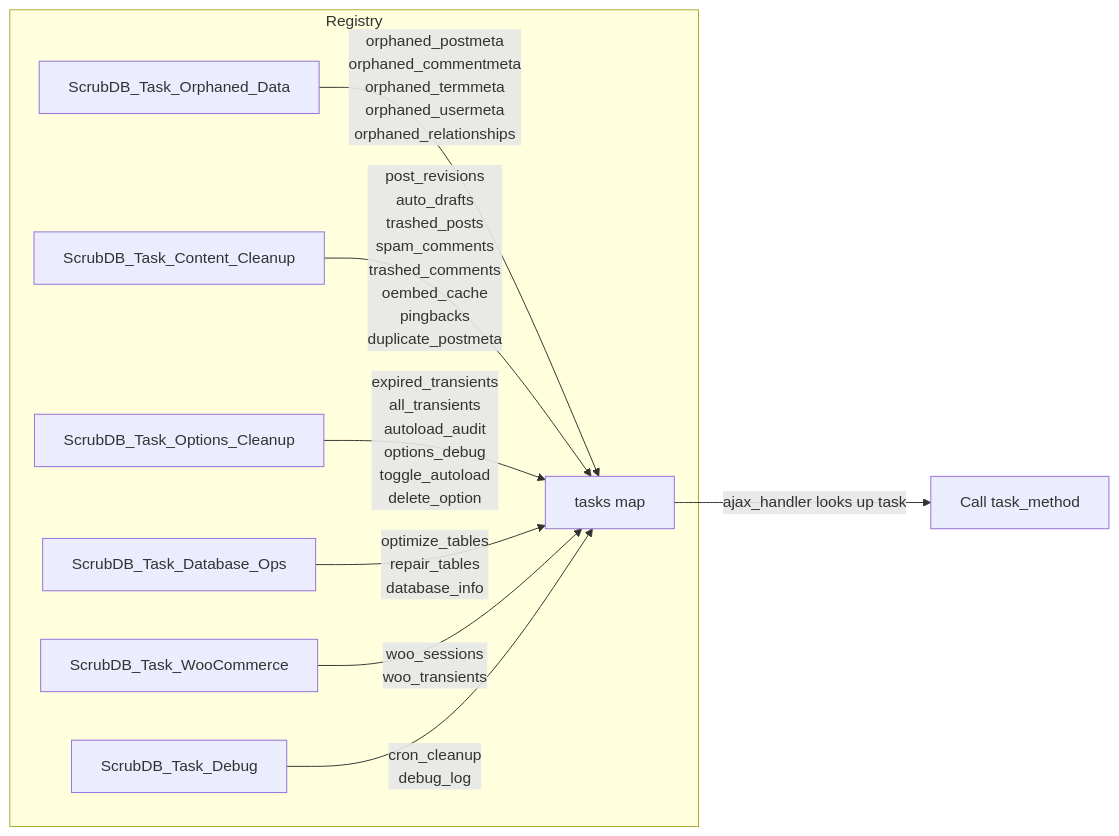
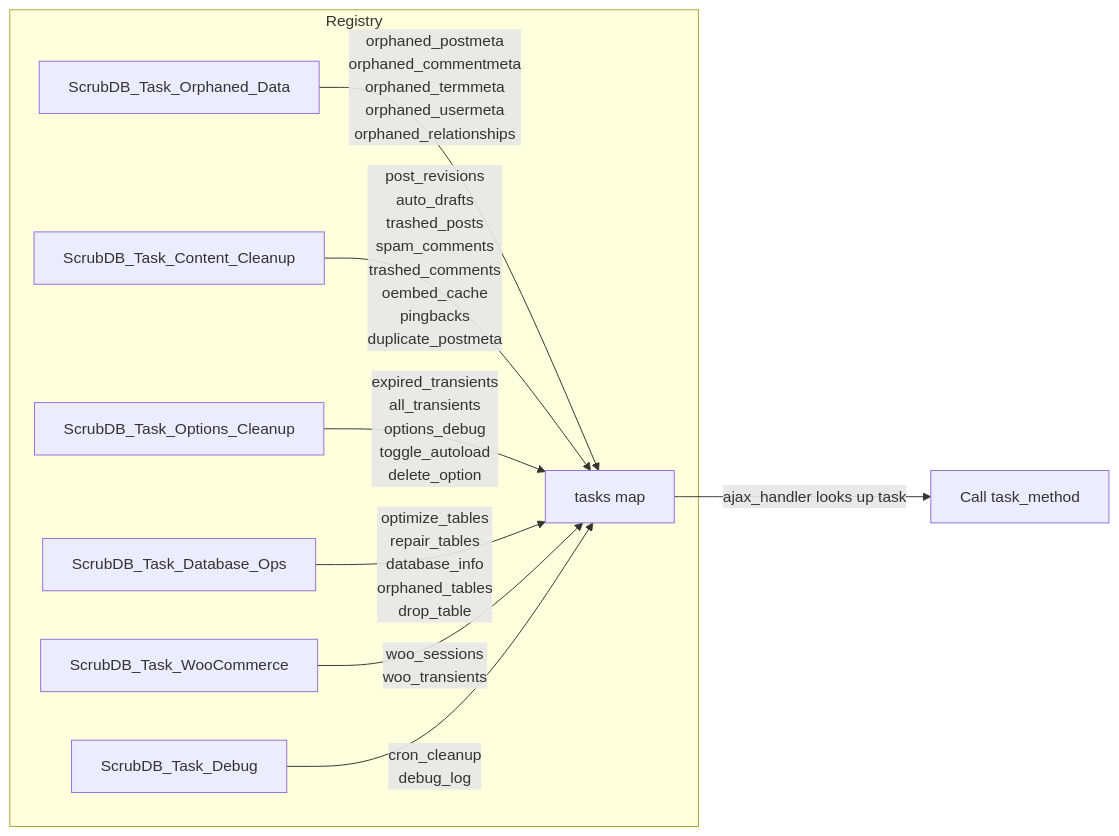
The third of 8 diagrams in docs/architecture.md (ajithrn/scrubdb), drawn with Mermaid before and after one commit. The commit also changed other lines of this file and 4 other files, not shown here.

````diff
--- a/docs/architecture.md
+++ b/docs/architecture.md
@@ -73,13 +74,13 @@
 ```mermaid
 flowchart LR
     subgraph Registry
         A[ScrubDB_Task_Orphaned_Data] --> |"orphaned_postmeta<br>orphaned_commentmeta<br>orphaned_termmeta<br>orphaned_usermeta<br>orphaned_relationships"| R[tasks map]
         B[ScrubDB_Task_Content_Cleanup] --> |"post_revisions<br>auto_drafts<br>trashed_posts<br>spam_comments<br>trashed_comments<br>oembed_cache<br>pingbacks<br>duplicate_postmeta"| R
-        C[ScrubDB_Task_Options_Cleanup] --> |"expired_transients<br>all_transients<br>autoload_audit<br>options_debug<br>toggle_autoload<br>delete_option"| R
-        D[ScrubDB_Task_Database_Ops] --> |"optimize_tables<br>repair_tables<br>database_info"| R
+        C[ScrubDB_Task_Options_Cleanup] --> |"expired_transients<br>all_transients<br>options_debug<br>toggle_autoload<br>delete_option"| R
+        D[ScrubDB_Task_Database_Ops] --> |"optimize_tables<br>repair_tables<br>database_info<br>orphaned_tables<br>drop_table"| R
         E[ScrubDB_Task_WooCommerce] --> |"woo_sessions<br>woo_transients"| R
         F[ScrubDB_Task_Debug] --> |"cron_cleanup<br>debug_log"| R
     end
 
     R --> |"ajax_handler looks up task"| G[Call task_method]
 ```
````
